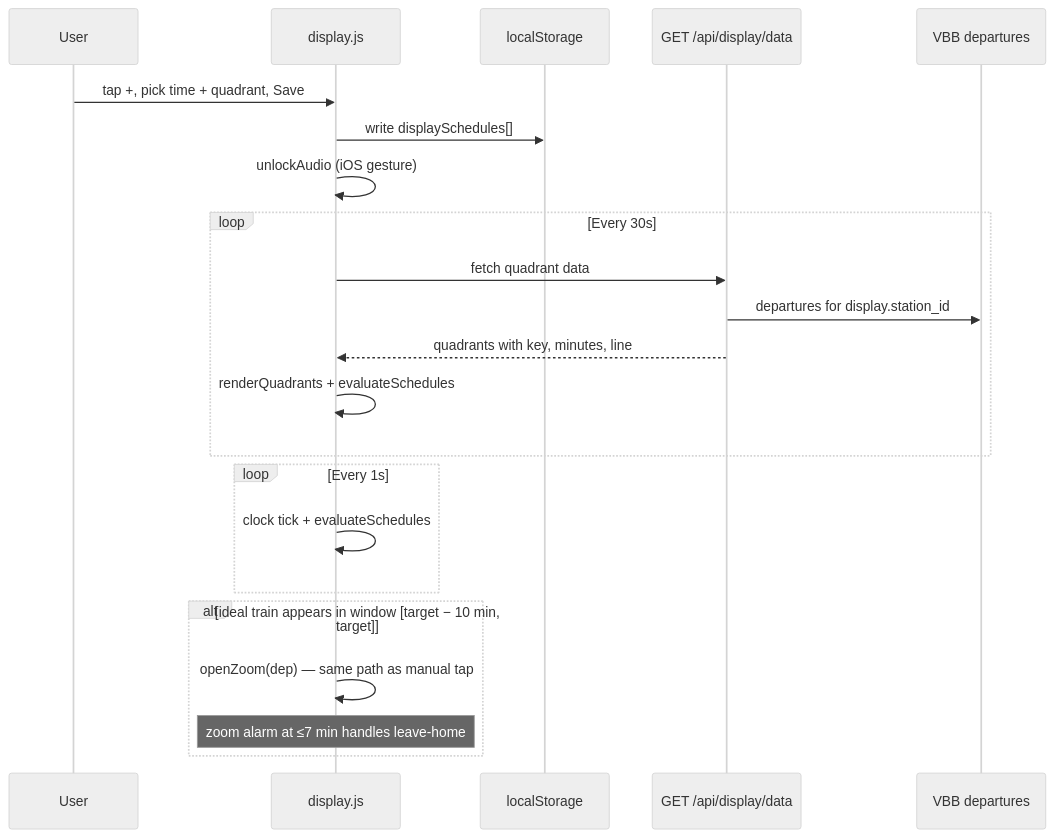
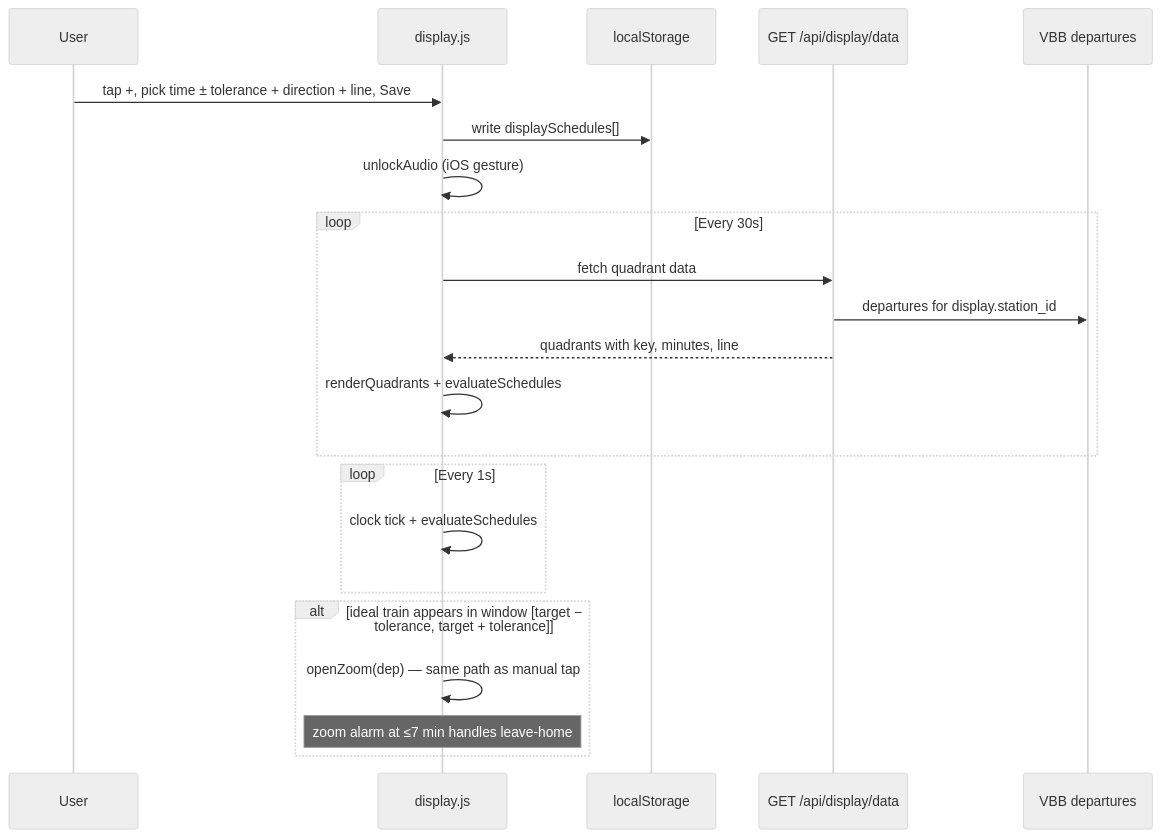
The fourth of 5 diagrams in README.md (momonala/trainspotter), drawn with Mermaid (neutral theme) before and after one commit. The commit also changed other lines of this file and 3 other files, not shown here.

First line of the commit message:
feat(display): rework schedule reminder UI with ±tolerance and route wheels

````diff
--- a/README.md
+++ b/README.md
@@ -163,28 +163,28 @@
 ```mermaid
 sequenceDiagram
   participant User
   participant Display as display.js
   participant LS as localStorage
   participant Flask as GET /api/display/data
   participant VBB as VBB departures
 
-  User->>Display: tap +, pick time + quadrant, Save
+  User->>Display: tap +, pick time ± tolerance + direction + line, Save
   Display->>LS: write displaySchedules[]
   Display->>Display: unlockAudio (iOS gesture)
 
   loop Every 30s
     Display->>Flask: fetch quadrant data
     Flask->>VBB: departures for display.station_id
     Flask-->>Display: quadrants with key, minutes, line
     Display->>Display: renderQuadrants + evaluateSchedules
   end
 
   loop Every 1s
     Display->>Display: clock tick + evaluateSchedules
   end
 
-  alt ideal train appears in window [target − 10 min, target]
+  alt ideal train appears in window [target − tolerance, target + tolerance]
     Display->>Display: openZoom(dep) — same path as manual tap
     Note over Display: zoom alarm at ≤7 min handles leave-home
   end
 ```
````
